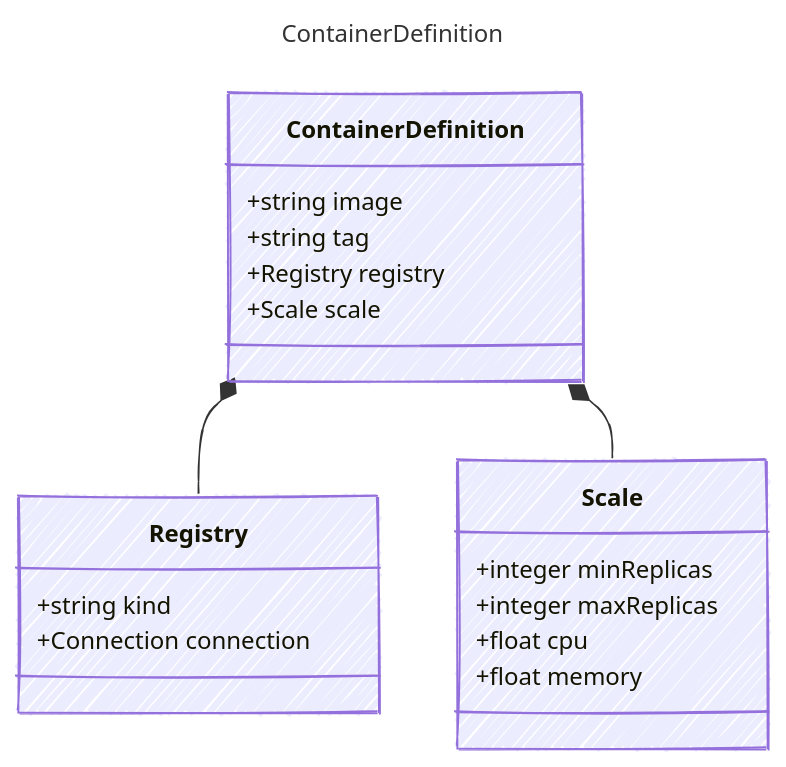
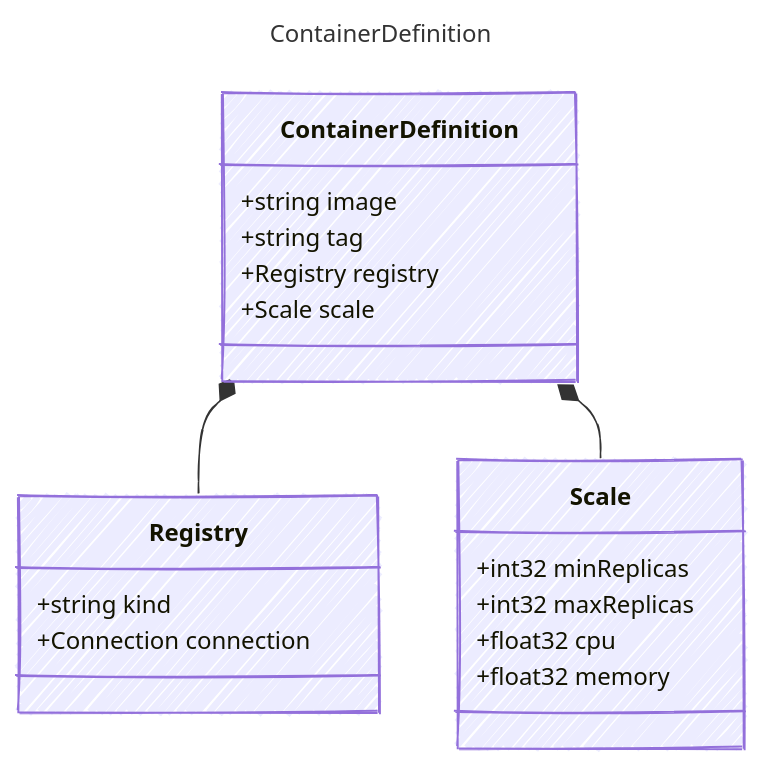
One commit to microsoft/prompty changed the diagram in specification/prompty/docs/ContainerDefinition.md. Above: the diagram before and after it, drawn with Mermaid. The commit also changed 166 other files, not shown here.

````diff
--- a/specification/prompty/docs/ContainerDefinition.md
+++ b/specification/prompty/docs/ContainerDefinition.md
@@ -7,30 +7,30 @@
 ```mermaid
 ---
 title: ContainerDefinition
 config:
   look: handDrawn
   theme: colorful
   class:
     hideEmptyMembersBox: true
 ---
 classDiagram
     class ContainerDefinition {
       
         +string image
         +string tag
         +Registry registry
         +Scale scale
     }
     class Registry {
         +string kind
         +Connection connection
     }
     ContainerDefinition *-- Registry
     class Scale {
-        +integer minReplicas
-        +integer maxReplicas
-        +float cpu
-        +float memory
+        +int32 minReplicas
+        +int32 maxReplicas
+        +float32 cpu
+        +float32 memory
     }
     ContainerDefinition *-- Scale
 ```
````
